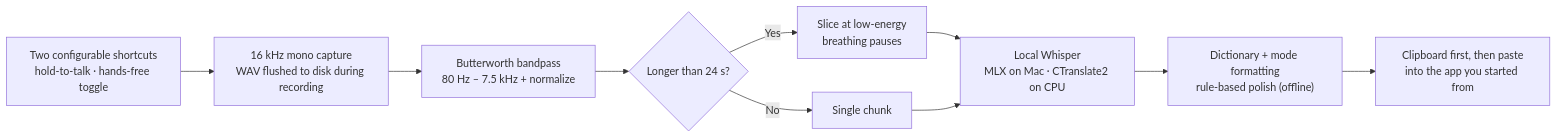
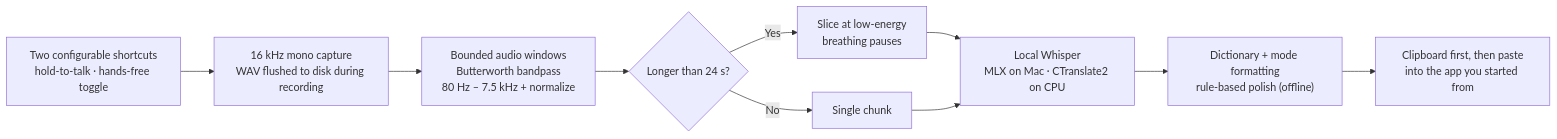
The first of 2 diagrams in README.md (abrar225/FixoFlow), drawn with Mermaid before and after one commit. The commit also changed other lines of this file and 44 other files, not shown here.

````diff
--- a/README.md
+++ b/README.md
@@ -34,12 +50,12 @@
 ```mermaid
 flowchart LR
     A["Two configurable shortcuts<br/>hold-to-talk · hands-free toggle"] --> B["16 kHz mono capture<br/>WAV flushed to disk during recording"]
-    B --> C["Butterworth bandpass<br/>80 Hz – 7.5 kHz + normalize"]
+    B --> C["Bounded audio windows<br/>Butterworth bandpass<br/>80 Hz – 7.5 kHz + normalize"]
     C --> D{"Longer than 24 s?"}
     D -- Yes --> E["Slice at low-energy<br/>breathing pauses"]
     D -- No --> F["Single chunk"]
     E --> G["Local Whisper<br/>MLX on Mac · CTranslate2 on CPU"]
     F --> G
     G --> H["Dictionary + mode formatting<br/>rule-based polish (offline)"]
     H --> I["Clipboard first, then paste<br/>into the app you started from"]
 ```
````
